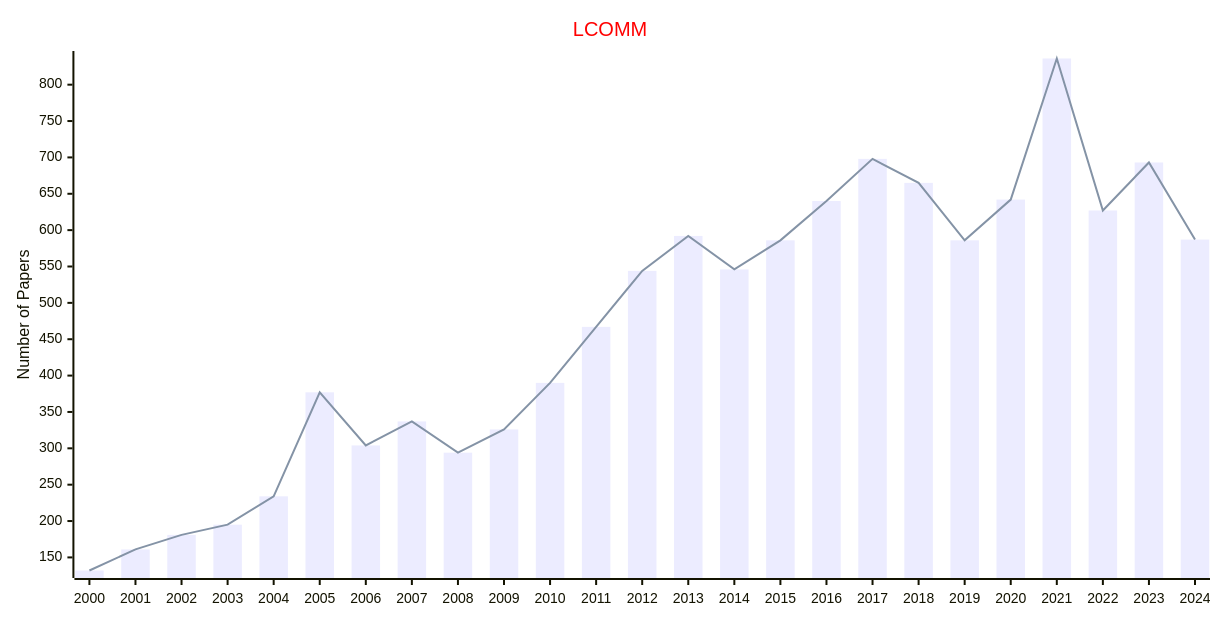
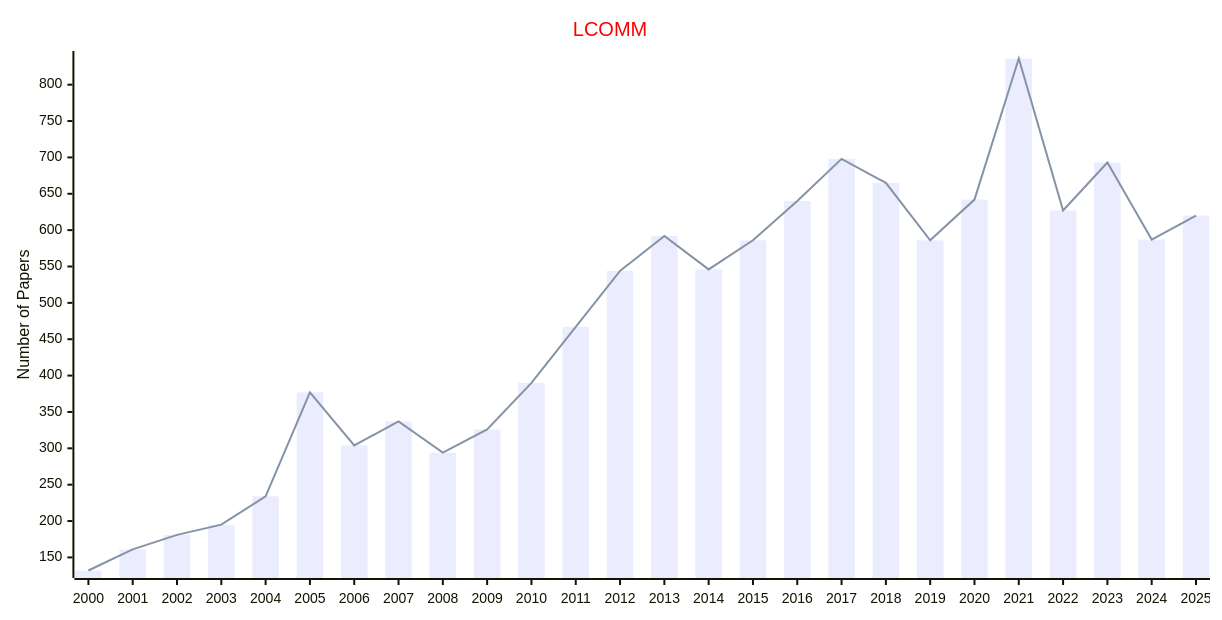
One commit to Easy-PhD/AILinks changed the third of 52 diagrams in docs/data/Journals/Publishers_Journals/IEEE.md. Above: the diagram before and after it, drawn with Mermaid. The commit also changed other lines of this file and 107 other files, not shown here.

````diff
--- a/docs/data/Journals/Publishers_Journals/IEEE.md
+++ b/docs/data/Journals/Publishers_Journals/IEEE.md
@@ -59,17 +59,17 @@
 ```mermaid
 ---
 config:
     xyChart:
         width: 1200
         height: 600
     themeVariables:
         xyChart:
             titleColor: "#ff0000"
 ---
 xychart-beta
     title "LCOMM"
-    x-axis [2000, 2001, 2002, 2003, 2004, 2005, 2006, 2007, 2008, 2009, 2010, 2011, 2012, 2013, 2014, 2015, 2016, 2017, 2018, 2019, 2020, 2021, 2022, 2023, 2024]
+    x-axis [2000, 2001, 2002, 2003, 2004, 2005, 2006, 2007, 2008, 2009, 2010, 2011, 2012, 2013, 2014, 2015, 2016, 2017, 2018, 2019, 2020, 2021, 2022, 2023, 2024, 2025]
     y-axis "Number of Papers"
-    bar [132, 161, 181, 195, 234, 377, 304, 337, 294, 326, 390, 467, 544, 592, 546, 586, 640, 698, 665, 586, 642, 836, 627, 693, 587]
-    line [132, 161, 181, 195, 234, 377, 304, 337, 294, 326, 390, 467, 544, 592, 546, 586, 640, 698, 665, 586, 642, 836, 627, 693, 587]
+    bar [132, 161, 181, 195, 234, 377, 304, 337, 294, 326, 390, 467, 544, 592, 546, 586, 640, 698, 665, 586, 642, 836, 627, 693, 587, 620]
+    line [132, 161, 181, 195, 234, 377, 304, 337, 294, 326, 390, 467, 544, 592, 546, 586, 640, 698, 665, 586, 642, 836, 627, 693, 587, 620]
 ```
````
